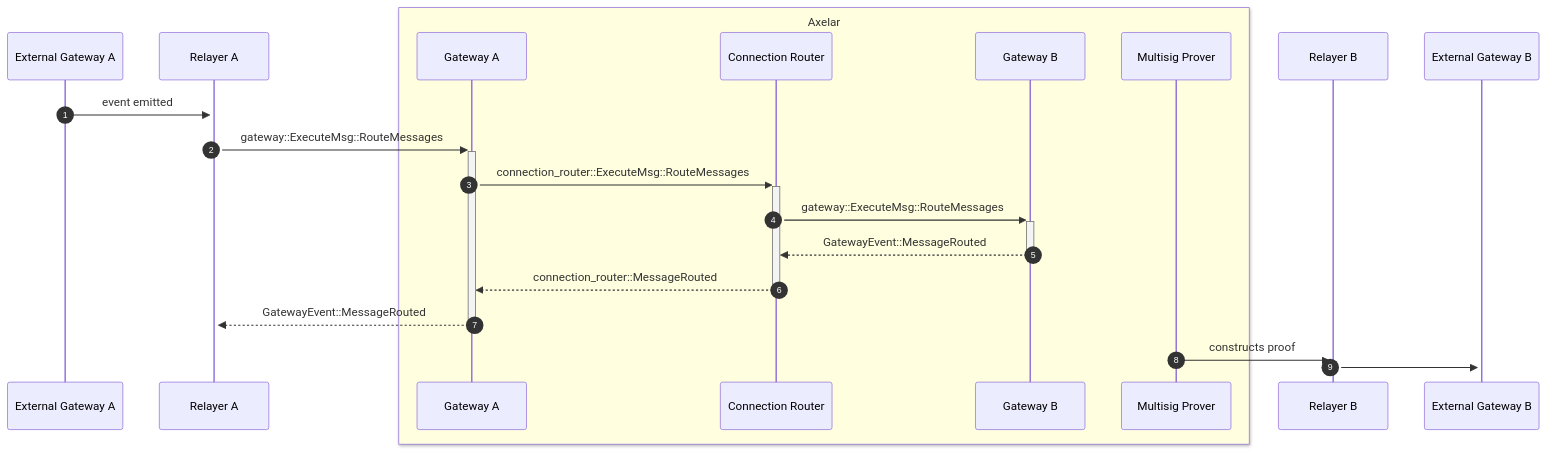
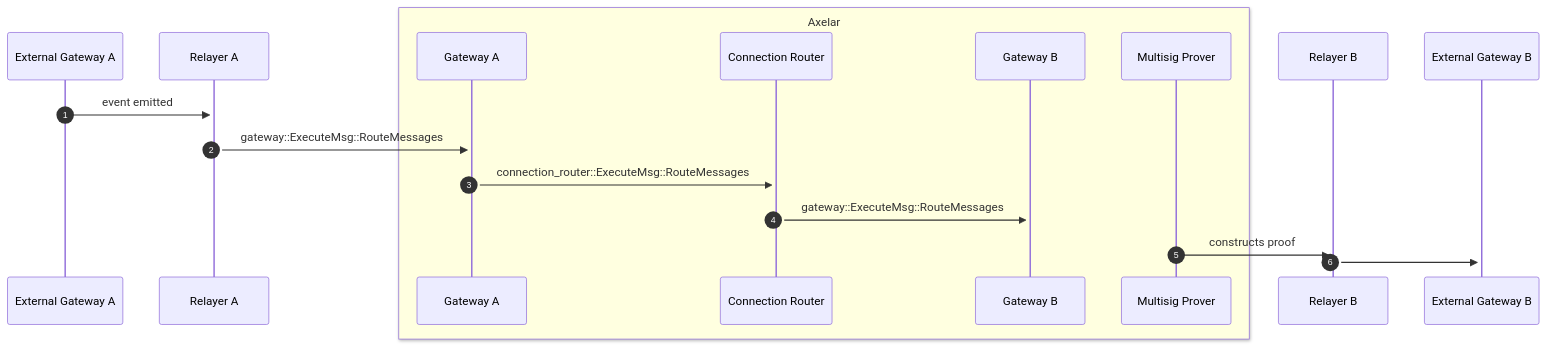
One commit to axelarnetwork/axelar-amplifier changed the second of 2 diagrams in doc/src/contracts/connection_router.md. Above: the diagram before and after it, drawn with Mermaid. The commit also changed other lines of this file, not shown here.

````diff
--- a/doc/src/contracts/connection_router.md
+++ b/doc/src/contracts/connection_router.md
@@ -119,24 +119,21 @@
 ```mermaid
 sequenceDiagram
 autonumber
 participant External Gateway A
 participant Relayer A
 box LightYellow Axelar
 participant Gateway A
 participant Connection Router
 participant Gateway B
 participant Multisig Prover
 end
 participant Relayer B
 participant External Gateway B
 
 External Gateway A->>+Relayer A: event emitted
 Relayer A->>+Gateway A: gateway::ExecuteMsg::RouteMessages
 Gateway A->>+Connection Router: connection_router::ExecuteMsg::RouteMessages
 Connection Router->>+Gateway B: gateway::ExecuteMsg::RouteMessages
-Gateway B-->>-Connection Router: GatewayEvent::MessageRouted
-Connection Router-->>-Gateway A: connection_router::MessageRouted
-Gateway A-->>-Relayer A: GatewayEvent::MessageRouted
 Multisig Prover->>+Relayer B: constructs proof
 Relayer B->>+External Gateway B: 
 ```
````
